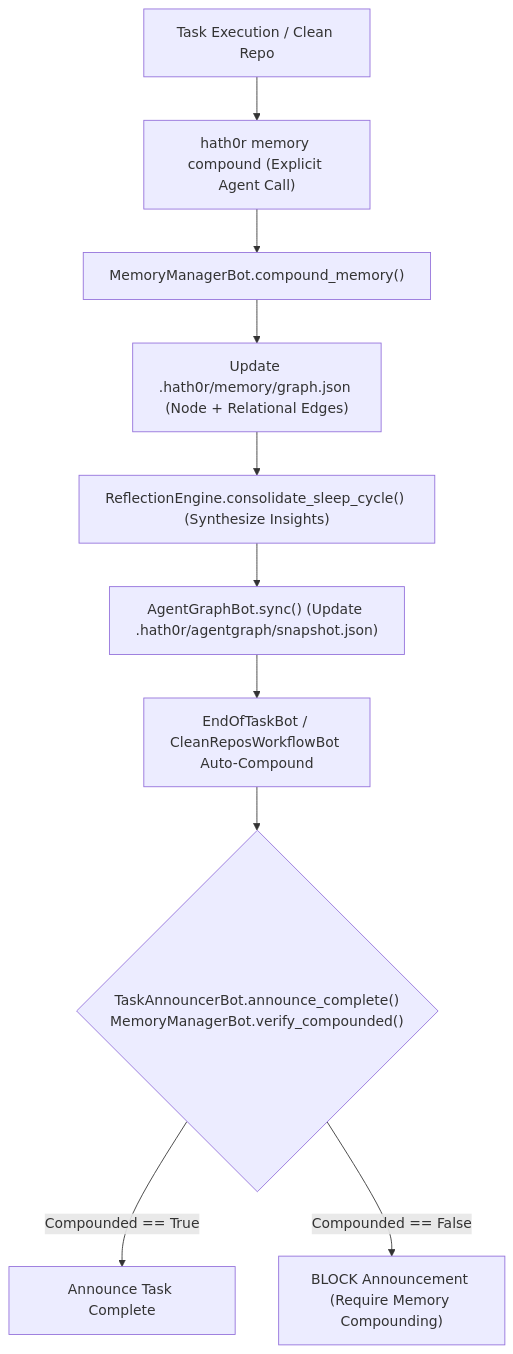
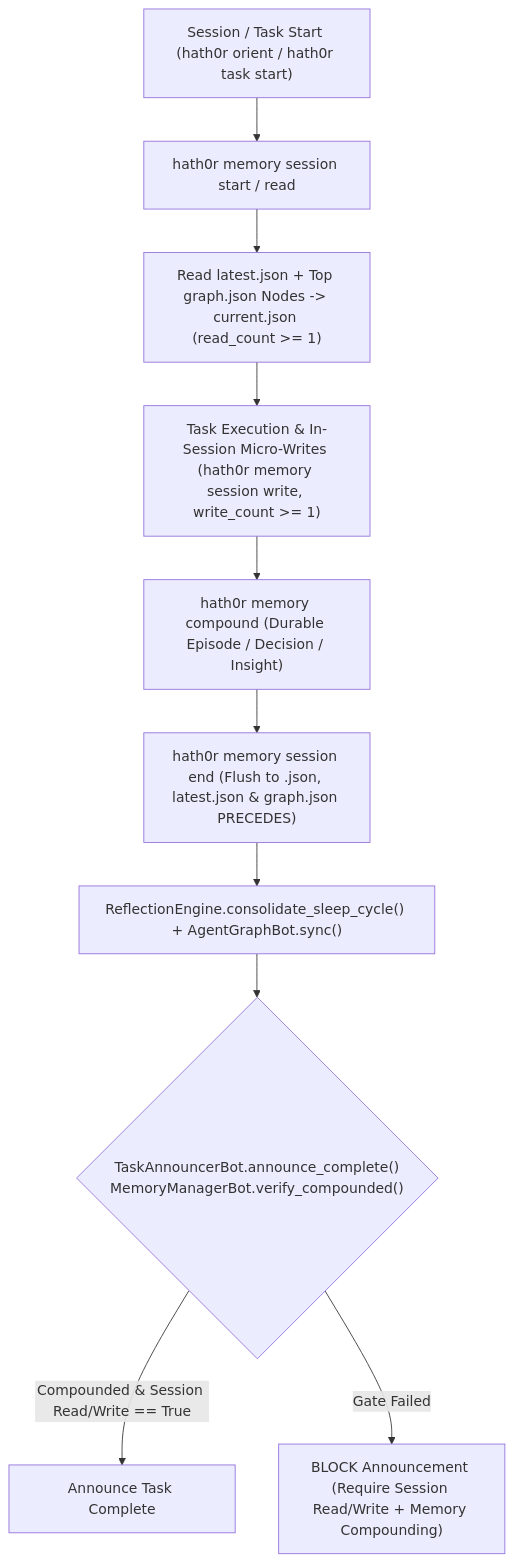
One commit to Bayly-AI/HATH0R-Agentic-Framework changed the diagram in docs/governance/workflows/memorygraph-compounding-workflow.md. Above: the diagram before and after it, drawn with Mermaid. The commit also changed other lines of this file and 20 other files, not shown here.

Commit message:
feat(memory): enforce true micro memory session read/write lifecycle (Closes #289)

````diff
--- a/docs/governance/workflows/memorygraph-compounding-workflow.md
+++ b/docs/governance/workflows/memorygraph-compounding-workflow.md
@@ -8,12 +8,12 @@
 ```mermaid
 flowchart TD
-    A["Task Execution / Clean Repo"] --> B["hath0r memory compound (Explicit Agent Call)"]
-    B --> C["MemoryManagerBot.compound_memory()"]
-    C --> D["Update .hath0r/memory/graph.json (Node + Relational Edges)"]
-    D --> E["ReflectionEngine.consolidate_sleep_cycle() (Synthesize Insights)"]
-    E --> F["AgentGraphBot.sync() (Update .hath0r/agentgraph/snapshot.json)"]
-    F --> G["EndOfTaskBot / CleanReposWorkflowBot Auto-Compound"]
+    A["Session / Task Start (hath0r orient / hath0r task start)"] --> B["hath0r memory session start / read"]
+    B --> C["Read latest.json + Top graph.json Nodes -> current.json (read_count >= 1)"]
+    C --> D["Task Execution & In-Session Micro-Writes (hath0r memory session write, write_count >= 1)"]
+    D --> E["hath0r memory compound (Durable Episode / Decision / Insight)"]
+    E --> F["hath0r memory session end (Flush to <session-id>.json, latest.json & graph.json PRECEDES)"]
+    F --> G["ReflectionEngine.consolidate_sleep_cycle() + AgentGraphBot.sync()"]
     G --> H{"TaskAnnouncerBot.announce_complete()\nMemoryManagerBot.verify_compounded()"}
-    H -- "Compounded == True" --> I["Announce Task Complete"]
-    H -- "Compounded == False" --> J["BLOCK Announcement (Require Memory Compounding)"]
+    H -- "Compounded & Session Read/Write == True" --> I["Announce Task Complete"]
+    H -- "Gate Failed" --> J["BLOCK Announcement (Require Session Read/Write + Memory Compounding)"]
 ```
````
